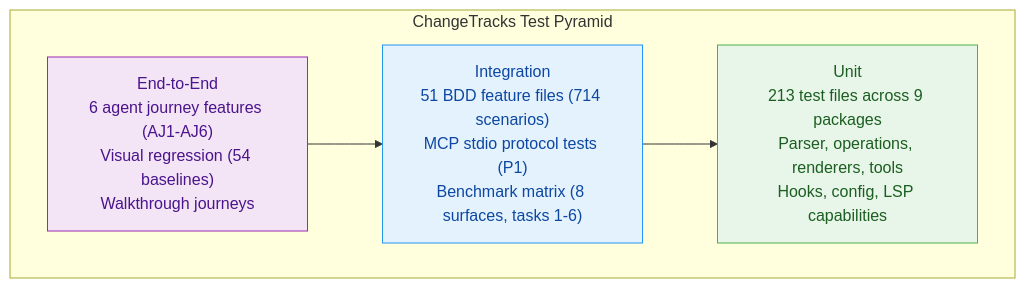
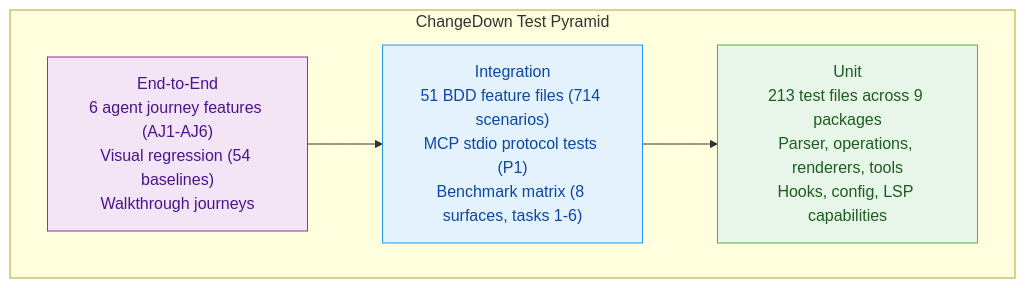
The diagram in docs/public/how-changetracks-is-tested.md (hackerbara/changedown), drawn with Mermaid before and after one commit. The commit also changed other lines of this file and 1114 other files, not shown here.

````diff
--- a/docs/public/how-changetracks-is-tested.md
+++ b/docs/public/how-changetracks-is-tested.md
@@ -182,14 +182,14 @@
 ```mermaid
 graph TD
-    subgraph "ChangeTracks Test Pyramid"
+    subgraph "ChangeDown Test Pyramid"
         E2E["End-to-End<br/>6 agent journey features (AJ1-AJ6)<br/>Visual regression (54 baselines)<br/>Walkthrough journeys"]
                 INT["Integration<br/>51 BDD feature files (714 scenarios)<br/>MCP stdio protocol tests (P1)<br/>Benchmark matrix (8 surfaces, tasks 1-6)"]
         UNIT["Unit<br/>213 test files across 9 packages<br/>Parser, operations, renderers, tools<br/>Hooks, config, LSP capabilities"]
     end
 
     E2E --> INT --> UNIT
 
     style E2E fill:#f3e5f5,stroke:#9c27b0,color:#4a148c
     style INT fill:#e3f2fd,stroke:#2196f3,color:#0d47a1
     style UNIT fill:#e8f5e9,stroke:#4caf50,color:#1b5e20
 ```
````
